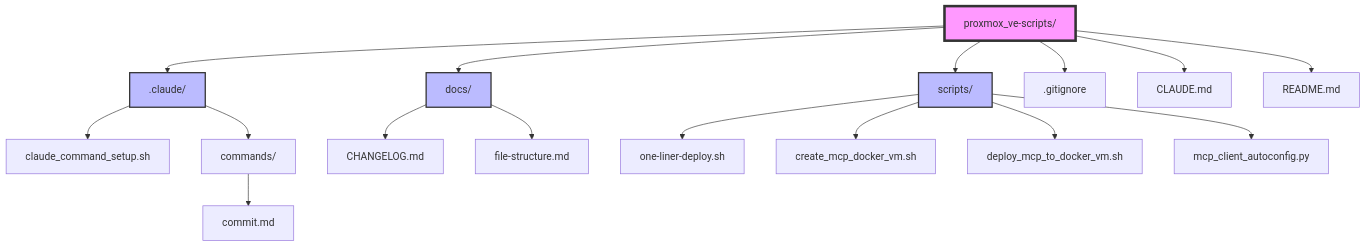
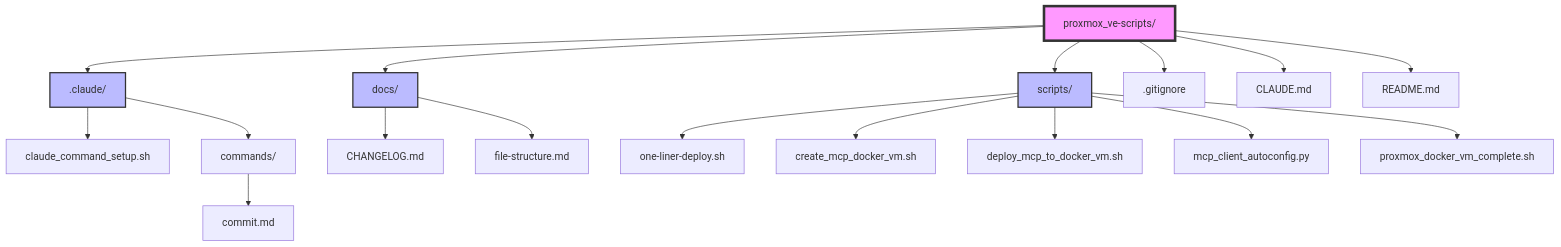
The diagram in docs/file-structure.md (notdabob/proxmox-ve-scripts), drawn with Mermaid before and after one commit. The commit also changed other lines of this file and 4 other files, not shown here.

````diff
--- a/docs/file-structure.md
+++ b/docs/file-structure.md
@@ -7,26 +7,27 @@
 ```mermaid
 graph TD
     A[proxmox_ve-scripts/] --> B[.claude/]
     A --> C[docs/]
     A --> D[scripts/]
     A --> E[.gitignore]
     A --> F[CLAUDE.md]
     A --> G[README.md]
 
     B --> H[claude_command_setup.sh]
     B --> I[commands/]
     I --> J[commit.md]
 
     C --> K[CHANGELOG.md]
     C --> L[file-structure.md]
 
     D --> M[one-liner-deploy.sh]
     D --> N[create_mcp_docker_vm.sh]
     D --> O[deploy_mcp_to_docker_vm.sh]
     D --> P[mcp_client_autoconfig.py]
+    D --> Q[proxmox_docker_vm_complete.sh]
 
     style A fill:#f9f,stroke:#333,stroke-width:4px
     style B fill:#bbf,stroke:#333,stroke-width:2px
     style C fill:#bbf,stroke:#333,stroke-width:2px
     style D fill:#bbf,stroke:#333,stroke-width:2px
 ```
````
